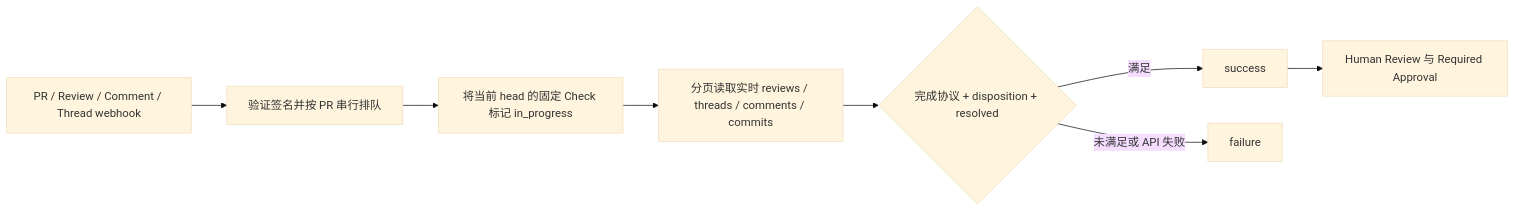
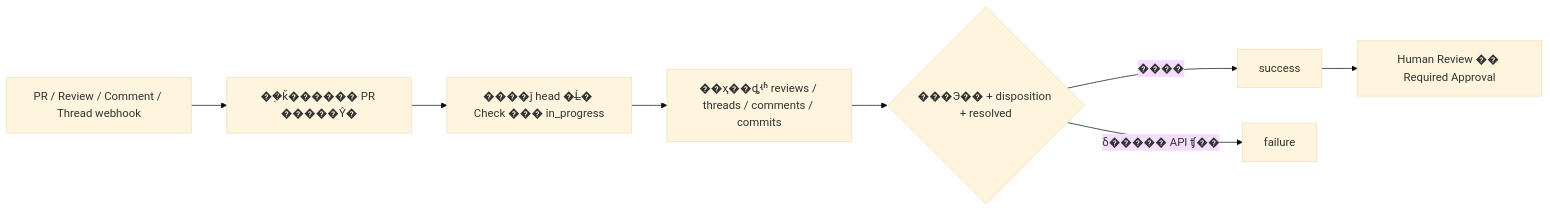
One commit to IS-Model-Framework/.github changed the diagram in docs/AI_REVIEW_DISPOSITION.md. Above: the diagram before and after it, drawn with Mermaid (base theme). The commit also changed other lines of this file and 5 other files, not shown here.

````diff
--- a/docs/AI_REVIEW_DISPOSITION.md
+++ b/docs/AI_REVIEW_DISPOSITION.md
@@ -126,10 +132,10 @@
 ```mermaid
 flowchart LR
-  A[PR / Review / Comment / Thread webhook] --> B[验证签名并按 PR 串行排队]
-  B --> C[将当前 head 的固定 Check 标记 in_progress]
-  C --> D[分页读取实时 reviews / threads / comments / commits]
-  D --> E{完成协议 + disposition + resolved}
-  E -->|满足| F[success]
-  E -->|未满足或 API 失败| G[failure]
-  F --> H[Human Review 与 Required Approval]
+  A[PR / Review / Comment / Thread webhook] --> B[��֤ǩ������ PR �����Ŷ�]
+  B --> C[����ǰ head �Ĺ̶� Check ��� in_progress]
+  C --> D[��ҳ��ȡʵʱ reviews / threads / comments / commits]
+  D --> E{���Э�� + disposition + resolved}
+  E -->|����| F[success]
+  E -->|δ����� API ʧ��| G[failure]
+  F --> H[Human Review �� Required Approval]
 ```
````
